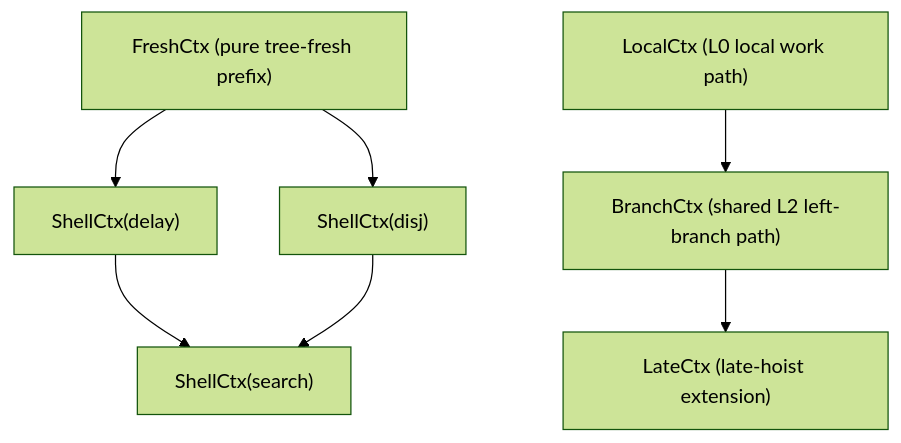
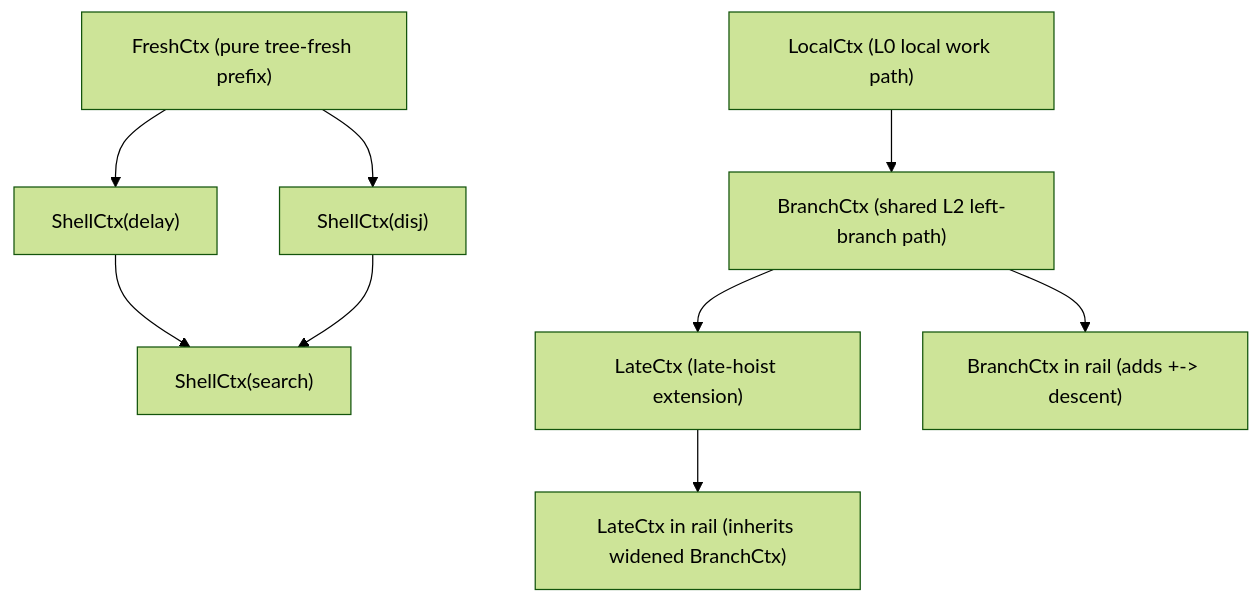
Before and after one commit to brysenPfingsten/mk-redex-viz: the second of 2 diagrams in racket-server/src/search-lattice/SEMILATTICE.md, drawn with Mermaid (forest theme). The commit also changed other lines of this file and 57 other files, not shown here.

````diff
--- a/racket-server/src/search-lattice/SEMILATTICE.md
+++ b/racket-server/src/search-lattice/SEMILATTICE.md
@@ -330,19 +330,23 @@
 ```mermaid
 graph TD
   qfresh["FreshCtx (pure tree-fresh prefix)"]
   qshell_delay["ShellCtx(delay)"]
   qshell_disj["ShellCtx(disj)"]
   qshell_search["ShellCtx(search)"]
 
   klocal["LocalCtx (L0 local work path)"]
   kbranch["BranchCtx (shared L2 left-branch path)"]
   klate["LateCtx (late-hoist extension)"]
+  kbranch_rail["BranchCtx in rail (adds +-> descent)"]
+  klate_rail["LateCtx in rail (inherits widened BranchCtx)"]
 
   qfresh --> qshell_delay
   qfresh --> qshell_disj
   qshell_delay --> qshell_search
   qshell_disj --> qshell_search
 
   klocal --> kbranch
   kbranch --> klate
+  kbranch --> kbranch_rail
+  klate --> klate_rail
 ```
````
